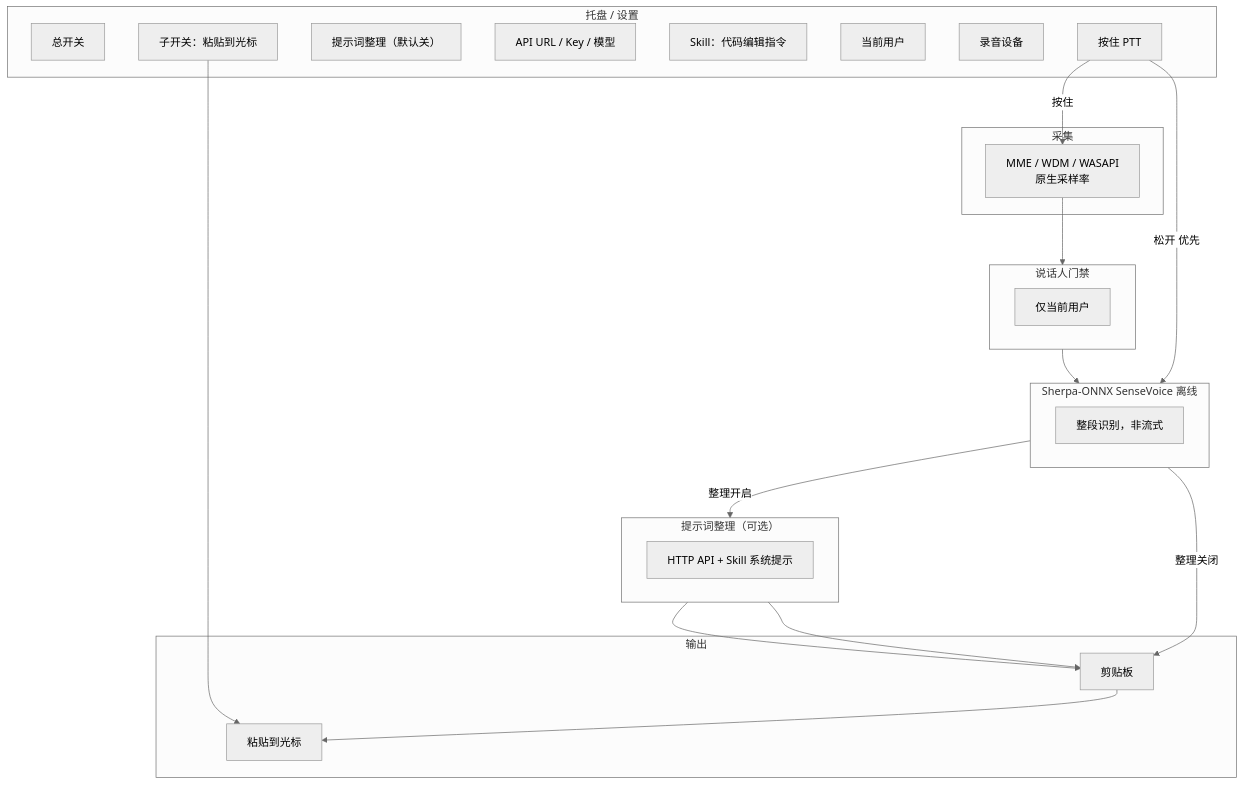
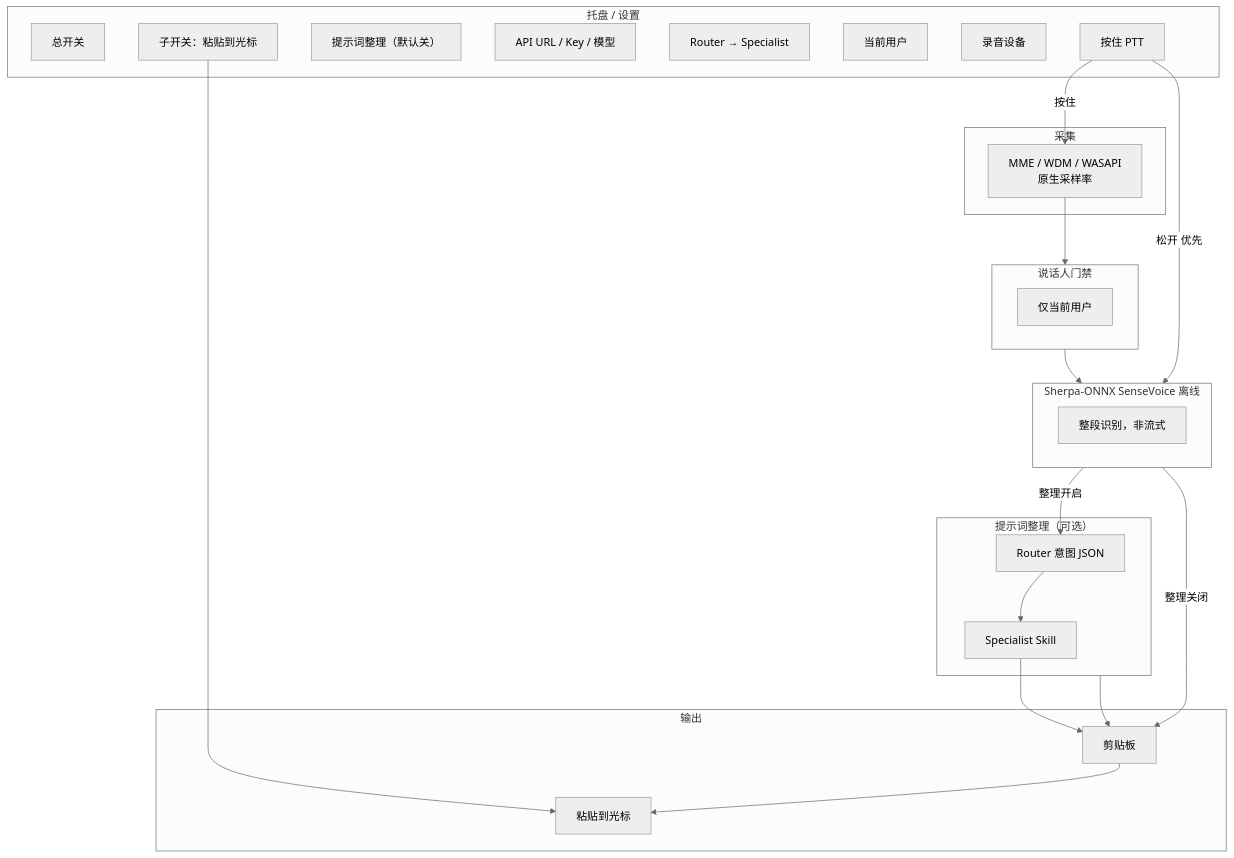
The diagram in README.md (wangyuanzhong/array-mic-refreshment), drawn with Mermaid (neutral theme) before and after one commit. The commit also changed other lines of this file and 11 other files, not shown here.

Commit message:
docs: multi-skill pipeline with intent router and four specialists

````diff
--- a/README.md
+++ b/README.md
@@ -41,43 +41,44 @@
 ```mermaid
 flowchart TB
     subgraph Tray["托盘 / 设置"]
         SW1["总开关"]
         SW2["子开关：粘贴到光标"]
         AGT["提示词整理（默认关）"]
         APISET["API URL / Key / 模型"]
-        SKILL["Skill：代码编辑指令"]
+        SKILL["Router → Specialist"]
         USER["当前用户"]
         DEV["录音设备"]
         PTT["按住 PTT"]
     end
 
     subgraph Capture["采集"]
         AUDIO["MME / WDM / WASAPI<br/>原生采样率"]
     end
 
     subgraph Gate["说话人门禁"]
         SPK["仅当前用户"]
     end
 
     subgraph ASR["Sherpa-ONNX SenseVoice 离线"]
         OFF["整段识别，非流式"]
     end
 
     subgraph LLM["提示词整理（可选）"]
-        REF["HTTP API + Skill 系统提示"]
+        RTR["Router 意图 JSON"]
+        REF["Specialist Skill"]
     end
 
     subgraph Out["输出"]
         CB["剪贴板"]
         PST["粘贴到光标"]
     end
 
     PTT -->|按住| AUDIO
     PTT -->|松开 优先| ASR
     AUDIO --> Gate --> ASR
-    ASR -->|整理开启| LLM --> CB
+    ASR -->|整理开启| RTR --> REF --> CB
     ASR -->|整理关闭| CB
     LLM --> CB
     CB --> PST
     SW2 --> PST
 ```
````
